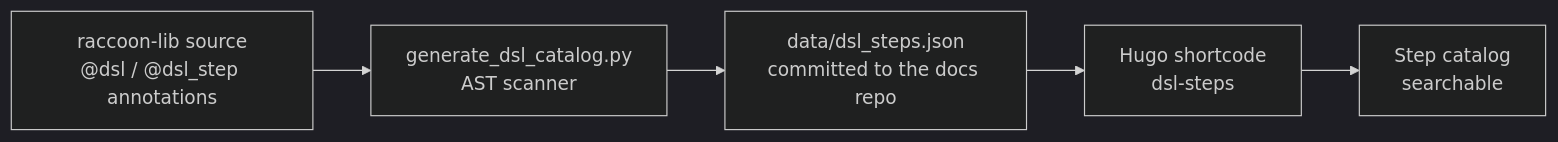
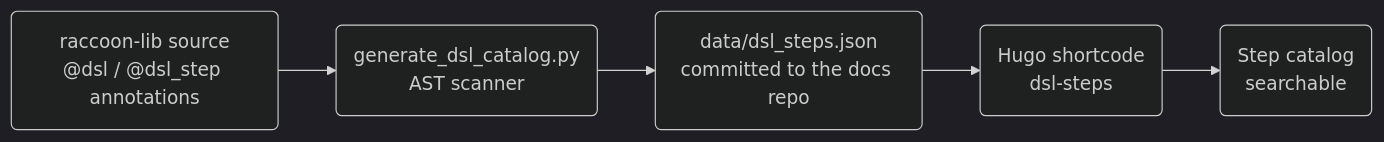
Before and after one commit to htl-stp-ecer/documentation: the diagram in content/02-steps-reference/_index.md, drawn with Mermaid (dark theme). The commit also changed other lines of this file, not shown here.

Commit message:
update the steps reference docs

````diff
--- a/content/02-steps-reference/_index.md
+++ b/content/02-steps-reference/_index.md
@@ -45,7 +40,7 @@
 ```mermaid
 graph LR
-    A[raccoon-lib source<br/>@dsl / @dsl_step annotations] --> B[generate_dsl_catalog.py<br/>AST scanner]
-    B --> C[data/dsl_steps.json<br/>committed to the docs repo]
-    C --> D[Hugo shortcode<br/>dsl-steps]
-    D --> E[Step catalog<br/>searchable]
+    A(raccoon-lib source<br/>@dsl / @dsl_step annotations) --> B(generate_dsl_catalog.py<br/>AST scanner)
+    B --> C(data/dsl_steps.json<br/>committed to the docs repo)
+    C --> D(Hugo shortcode<br/>dsl-steps)
+    D --> E(Step catalog<br/>searchable)
 ```
````
